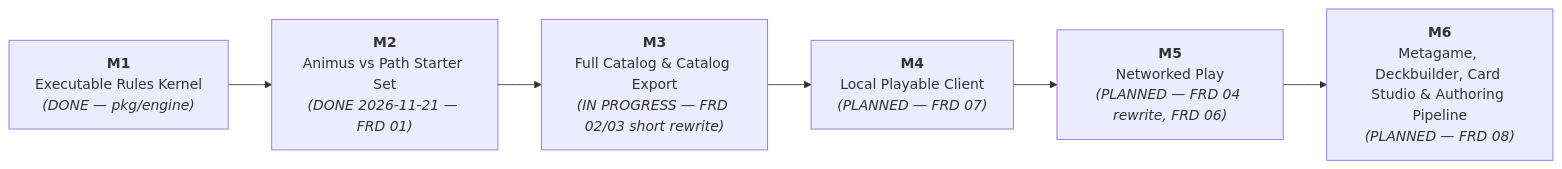
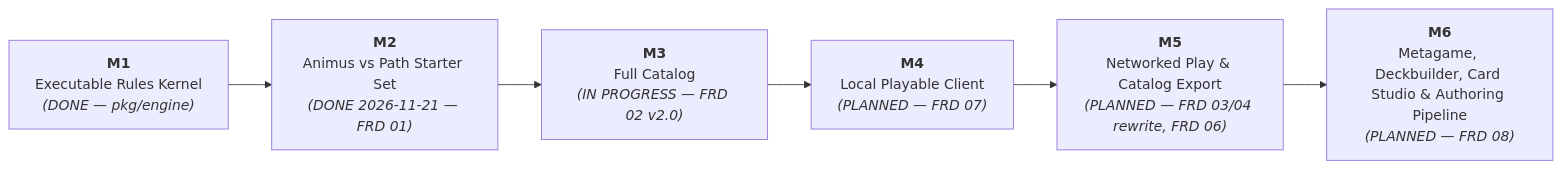
One commit to hailstorm01/animus-mundi changed the diagram in docs/PRODUCT_SUMMARY.md. Above: the diagram before and after it, drawn with Mermaid. The commit also changed other lines of this file and 1 other file, not shown here.

First line of the commit message:
docs(product): move the catalog export from M3 to M5

````diff
--- a/docs/PRODUCT_SUMMARY.md
+++ b/docs/PRODUCT_SUMMARY.md
@@ -271,11 +273,11 @@
 ```mermaid
 flowchart LR
     M1["<b>M1</b><br/>Executable Rules Kernel<br/><i>(DONE — pkg/engine)</i>"]
     M2["<b>M2</b><br/>Animus vs Path Starter Set<br/><i>(DONE 2026-11-21 — FRD 01)</i>"]
-    M3["<b>M3</b><br/>Full Catalog & Catalog Export<br/><i>(IN PROGRESS — FRD 02/03 short rewrite)</i>"]
+    M3["<b>M3</b><br/>Full Catalog<br/><i>(IN PROGRESS — FRD 02 v2.0)</i>"]
     M4["<b>M4</b><br/>Local Playable Client<br/><i>(PLANNED — FRD 07)</i>"]
-    M5["<b>M5</b><br/>Networked Play<br/><i>(PLANNED — FRD 04 rewrite, FRD 06)</i>"]
+    M5["<b>M5</b><br/>Networked Play & Catalog Export<br/><i>(PLANNED — FRD 03/04 rewrite, FRD 06)</i>"]
     M6["<b>M6</b><br/>Metagame, Deckbuilder, Card Studio & Authoring Pipeline<br/><i>(PLANNED — FRD 08)</i>"]
 
     M1 --> M2 --> M3 --> M4 --> M5 --> M6
 ```
````
